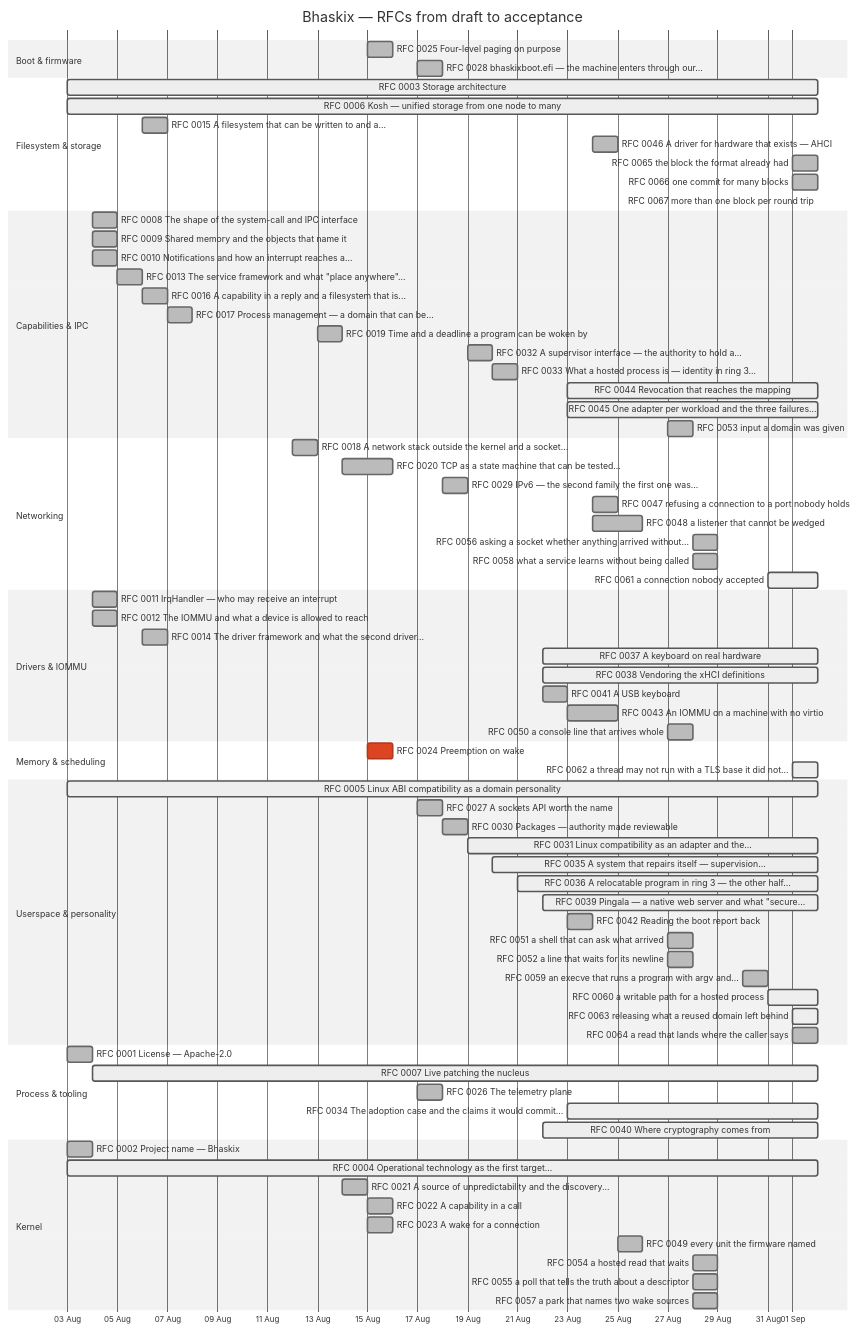
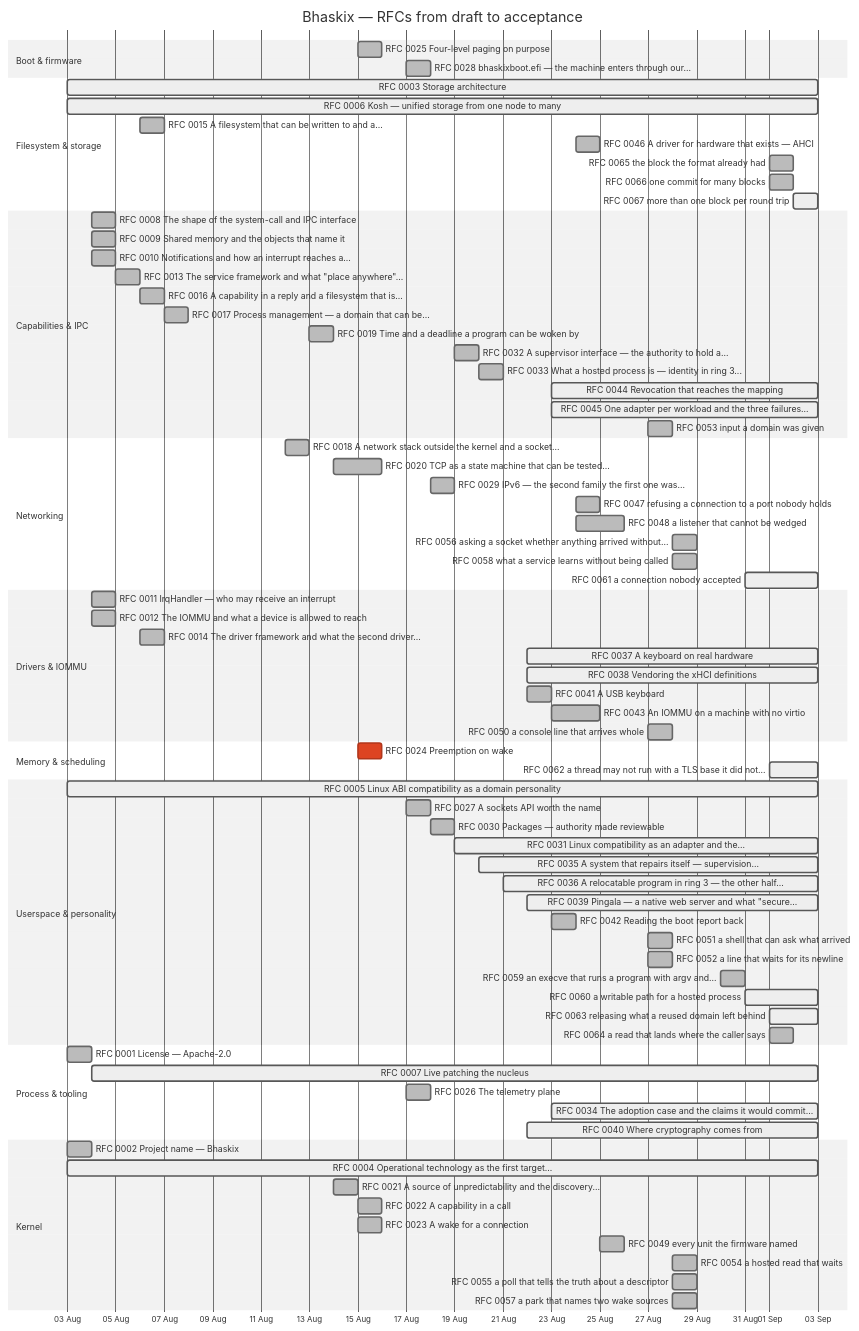
One commit to bhaskix/bhaskix changed the diagram in docs/progress.md. Above: the diagram before and after it, drawn with Mermaid (neutral theme). The commit also changed other lines of this file and 5 other files, not shown here.

```diff
--- a/docs/progress.md
+++ b/docs/progress.md
@@ -31,13 +31,13 @@
     RFC 0025 Four-level paging on purpose :done, r0025, 2026-08-15, 2026-08-16
     RFC 0028 bhaskixboot.efi — the machine enters through our... :done, r0028, 2026-08-17, 2026-08-18
     section Filesystem & storage
-    RFC 0003 Storage architecture :active, r0003, 2026-08-03, 2026-09-02
-    RFC 0006 Kosh — unified storage from one node to many :active, r0006, 2026-08-03, 2026-09-02
+    RFC 0003 Storage architecture :active, r0003, 2026-08-03, 2026-09-03
+    RFC 0006 Kosh — unified storage from one node to many :active, r0006, 2026-08-03, 2026-09-03
     RFC 0015 A filesystem that can be written to and a... :done, r0015, 2026-08-06, 1d
     RFC 0046 A driver for hardware that exists — AHCI :done, r0046, 2026-08-24, 1d
     RFC 0065 the block the format already had :done, r0065, 2026-09-01, 1d
     RFC 0066 one commit for many blocks :done, r0066, 2026-09-01, 1d
-    RFC 0067 more than one block per round trip :active, r0067, 2026-09-02, 2026-09-02
+    RFC 0067 more than one block per round trip :active, r0067, 2026-09-02, 2026-09-03
     section Capabilities & IPC
     RFC 0008 The shape of the system-call and IPC interface :done, r0008, 2026-08-04, 1d
     RFC 0009 Shared memory and the objects that name it :done, r0009, 2026-08-04, 1d
@@ -48,8 +48,8 @@
     RFC 0019 Time and a deadline a program can be woken by :done, r0019, 2026-08-13, 2026-08-14
     RFC 0032 A supervisor interface — the authority to hold a... :done, r0032, 2026-08-19, 2026-08-20
     RFC 0033 What a hosted process is — identity in ring 3... :done, r0033, 2026-08-20, 1d
-    RFC 0044 Revocation that reaches the mapping :active, r0044, 2026-08-23, 2026-09-02
-    RFC 0045 One adapter per workload and the three failures... :active, r0045, 2026-08-23, 2026-09-02
+    RFC 0044 Revocation that reaches the mapping :active, r0044, 2026-08-23, 2026-09-03
+    RFC 0045 One adapter per workload and the three failures... :active, r0045, 2026-08-23, 2026-09-03
     RFC 0053 input a domain was given :done, r0053, 2026-08-27, 1d
     section Networking
     RFC 0018 A network stack outside the kernel and a socket... :done, r0018, 2026-08-12, 2026-08-13
@@ -59,43 +59,43 @@
     RFC 0048 a listener that cannot be wedged :done, r0048, 2026-08-24, 2026-08-26
     RFC 0056 asking a socket whether anything arrived without... :done, r0056, 2026-08-28, 1d
     RFC 0058 what a service learns without being called :done, r0058, 2026-08-28, 1d
-    RFC 0061 a connection nobody accepted :active, r0061, 2026-08-31, 2026-09-02
+    RFC 0061 a connection nobody accepted :active, r0061, 2026-08-31, 2026-09-03
     section Drivers & IOMMU
     RFC 0011 IrqHandler — who may receive an interrupt :done, r0011, 2026-08-04, 1d
     RFC 0012 The IOMMU and what a device is allowed to reach :done, r0012, 2026-08-04, 1d
     RFC 0014 The driver framework and what the second driver... :done, r0014, 2026-08-06, 1d
-    RFC 0037 A keyboard on real hardware :active, r0037, 2026-08-22, 2026-09-02
-    RFC 0038 Vendoring the xHCI definitions :active, r0038, 2026-08-22, 2026-09-02
+    RFC 0037 A keyboard on real hardware :active, r0037, 2026-08-22, 2026-09-03
+    RFC 0038 Vendoring the xHCI definitions :active, r0038, 2026-08-22, 2026-09-03
     RFC 0041 A USB keyboard :done, r0041, 2026-08-22, 2026-08-23
     RFC 0043 An IOMMU on a machine with no virtio :done, r0043, 2026-08-23, 2026-08-25
     RFC 0050 a console line that arrives whole :done, r0050, 2026-08-27, 1d
     section Memory & scheduling
     RFC 0024 Preemption on wake :crit, r0024, 2026-08-15, 1d
-    RFC 0062 a thread may not run with a TLS base it did not... :active, r0062, 2026-09-01, 2026-09-02
+    RFC 0062 a thread may not run with a TLS base it did not... :active, r0062, 2026-09-01, 2026-09-03
     section Userspace & personality
-    RFC 0005 Linux ABI compatibility as a domain personality :active, r0005, 2026-08-03, 2026-09-02
+    RFC 0005 Linux ABI compatibility as a domain personality :active, r0005, 2026-08-03, 2026-09-03
     RFC 0027 A sockets API worth the name :done, r0027, 2026-08-17, 1d
     RFC 0030 Packages — authority made reviewable :done, r0030, 2026-08-18, 2026-08-19
-    RFC 0031 Linux compatibility as an adapter and the... :active, r0031, 2026-08-19, 2026-09-02
-    RFC 0035 A system that repairs itself — supervision... :active, r0035, 2026-08-20, 2026-09-02
-    RFC 0036 A relocatable program in ring 3 — the other half... :active, r0036, 2026-08-21, 2026-09-02
-    RFC 0039 Pingala — a native web server and what "secure... :active, r0039, 2026-08-22, 2026-09-02
+    RFC 0031 Linux compatibility as an adapter and the... :active, r0031, 2026-08-19, 2026-09-03
+    RFC 0035 A system that repairs itself — supervision... :active, r0035, 2026-08-20, 2026-09-03
+    RFC 0036 A relocatable program in ring 3 — the other half... :active, r0036, 2026-08-21, 2026-09-03
+    RFC 0039 Pingala — a native web server and what "secure... :active, r0039, 2026-08-22, 2026-09-03
     RFC 0042 Reading the boot report back :done, r0042, 2026-08-23, 1d
     RFC 0051 a shell that can ask what arrived :done, r0051, 2026-08-27, 1d
     RFC 0052 a line that waits for its newline :done, r0052, 2026-08-27, 1d
     RFC 0059 an execve that runs a program with argv and... :done, r0059, 2026-08-30, 1d
-    RFC 0060 a writable path for a hosted process :active, r0060, 2026-08-31, 2026-09-02
-    RFC 0063 releasing what a reused domain left behind :active, r0063, 2026-09-01, 2026-09-02
+    RFC 0060 a writable path for a hosted process :active, r0060, 2026-08-31, 2026-09-03
+    RFC 0063 releasing what a reused domain left behind :active, r0063, 2026-09-01, 2026-09-03
     RFC 0064 a read that lands where the caller says :done, r0064, 2026-09-01, 1d
     section Process & tooling
     RFC 0001 License — Apache-2.0 :done, r0001, 2026-08-03, 1d
-    RFC 0007 Live patching the nucleus :active, r0007, 2026-08-04, 2026-09-02
+    RFC 0007 Live patching the nucleus :active, r0007, 2026-08-04, 2026-09-03
     RFC 0026 The telemetry plane :done, r0026, 2026-08-17, 1d
-    RFC 0034 The adoption case and the claims it would commit... :active, r0034, 2026-08-23, 2026-09-02
-    RFC 0040 Where cryptography comes from :active, r0040, 2026-08-22, 2026-09-02
+    RFC 0034 The adoption case and the claims it would commit... :active, r0034, 2026-08-23, 2026-09-03
+    RFC 0040 Where cryptography comes from :active, r0040, 2026-08-22, 2026-09-03
     section Kernel
     RFC 0002 Project name — Bhaskix :done, r0002, 2026-08-03, 1d
-    RFC 0004 Operational technology as the first target... :active, r0004, 2026-08-03, 2026-09-02
+    RFC 0004 Operational technology as the first target... :active, r0004, 2026-08-03, 2026-09-03
     RFC 0021 A source of unpredictability and the discovery... :done, r0021, 2026-08-14, 1d
     RFC 0022 A capability in a call :done, r0022, 2026-08-15, 2026-08-16
     RFC 0023 A wake for a connection :done, r0023, 2026-08-15, 2026-08-16
```
